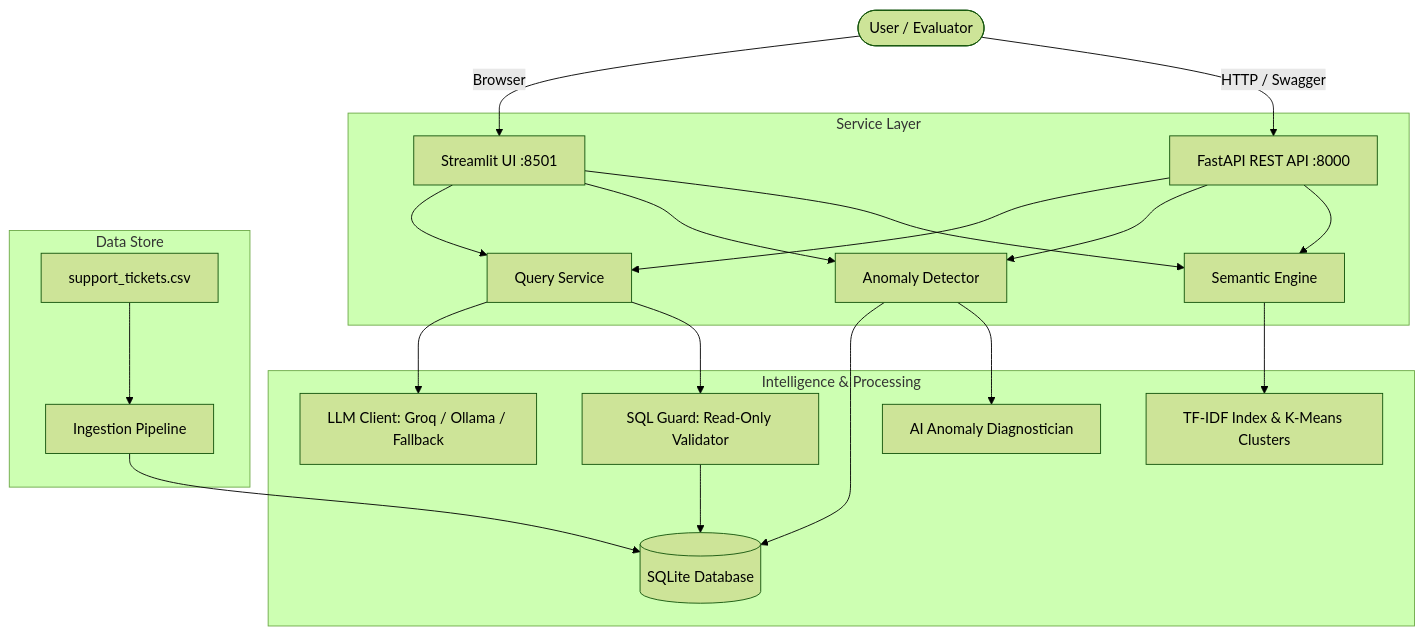
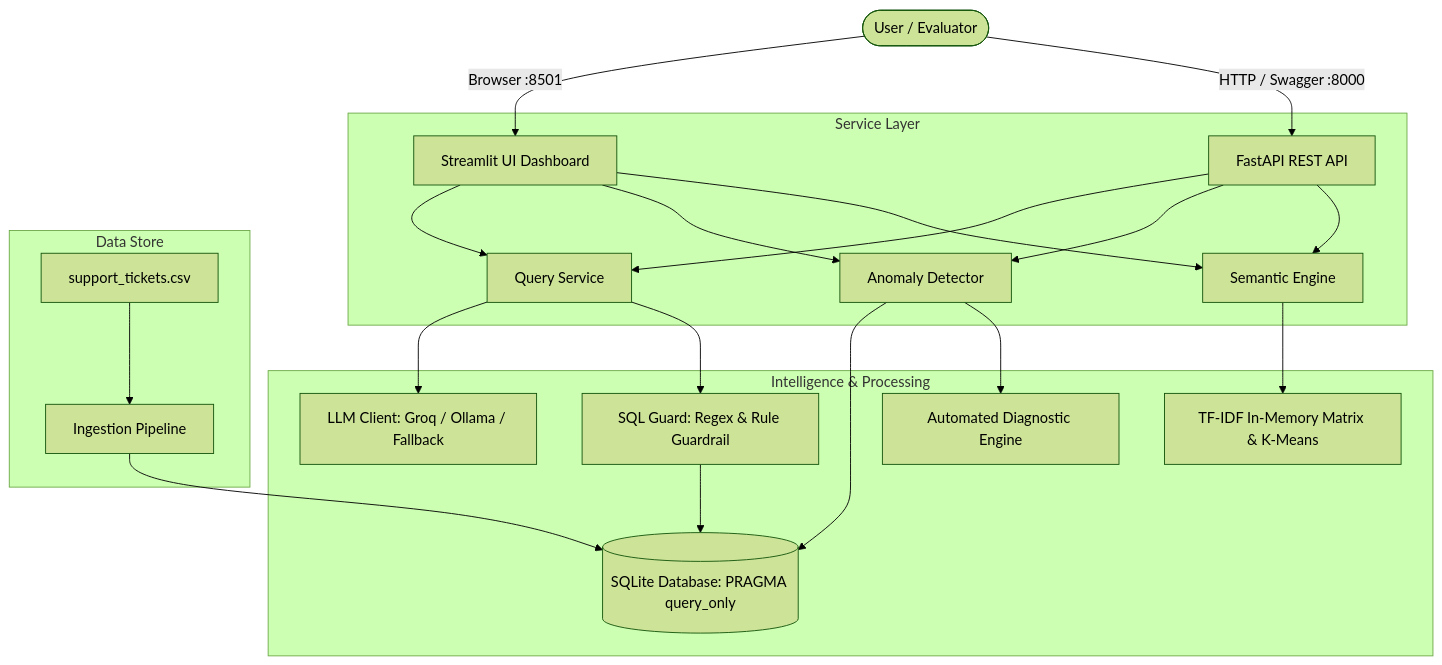
Before and after one commit to VortexQuasarX/support-ticket-intelligence: the diagram in README.md, drawn with Mermaid (forest theme). The commit also changed other lines of this file and 2 other files, not shown here.

````diff
--- a/README.md
+++ b/README.md
@@ -35,29 +30,29 @@
 ```mermaid
 flowchart TD
     User([User / Evaluator])
-    User -->|Browser| UI[Streamlit UI :8501]
-    User -->|HTTP / Swagger| API[FastAPI REST API :8000]
+    User -->|Browser :8501| UI[Streamlit UI Dashboard]
+    User -->|HTTP / Swagger :8000| API[FastAPI REST API]
 
     subgraph Service Layer
         UI --> QS[Query Service]
         API --> QS
         API --> AD[Anomaly Detector]
         API --> SE[Semantic Engine]
         UI --> AD
         UI --> SE
     end
 
     subgraph Intelligence & Processing
         QS --> LLM[LLM Client: Groq / Ollama / Fallback]
-        QS --> Guard[SQL Guard: Read-Only Validator]
-        Guard --> DBExec[(SQLite Database)]
-        SE --> VectorIdx[TF-IDF Index & K-Means Clusters]
+        QS --> Guard[SQL Guard: Regex & Rule Guardrail]
+        Guard --> DBExec[(SQLite Database: PRAGMA query_only)]
+        SE --> VectorIdx[TF-IDF In-Memory Matrix & K-Means]
         AD --> DBExec
-        AD --> Diagnostician[AI Anomaly Diagnostician]
+        AD --> Diagnostician[Automated Diagnostic Engine]
     end
 
     subgraph Data Store
         CSV[support_tickets.csv] --> Ingest[Ingestion Pipeline]
         Ingest --> DBExec
     end
 ```
````
